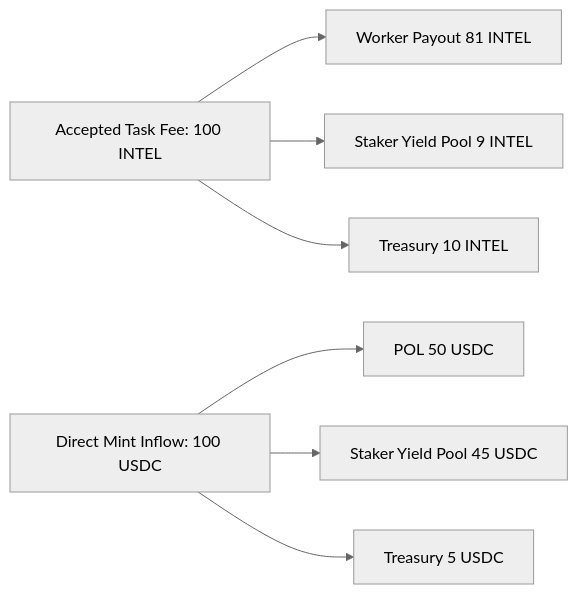
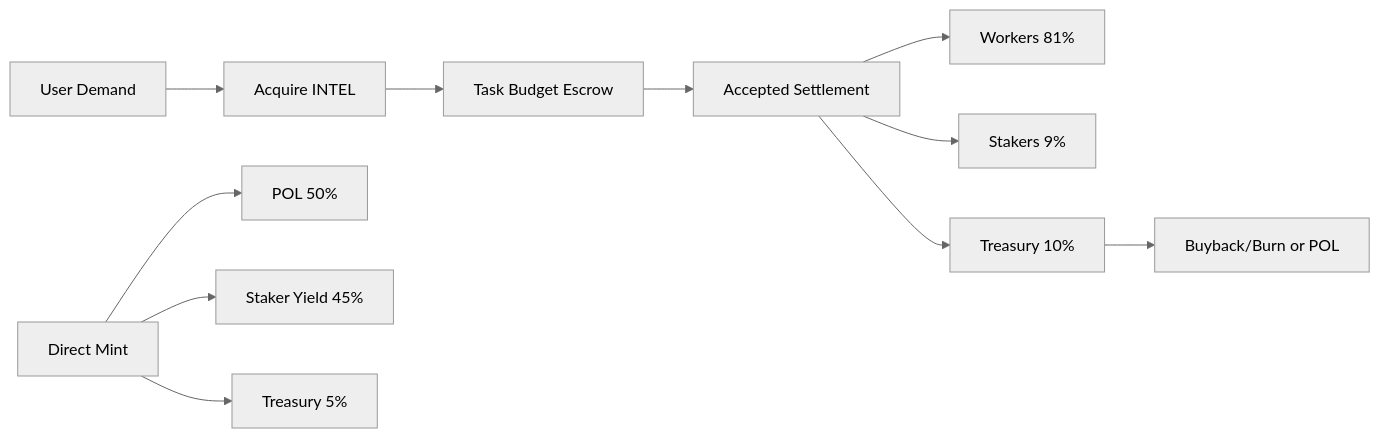
The diagram in spec/TOKENOMICS.md (chimera-defi/ethglobal-cannes-2026-intelligence-exchange), drawn with Mermaid (neutral theme) before and after one commit. The commit also changed other lines of this file and 4 other files, not shown here.

````diff
--- a/spec/TOKENOMICS.md
+++ b/spec/TOKENOMICS.md
@@ -109,10 +86,14 @@
 ```mermaid
 flowchart LR
-  A[Accepted Task Fee: 100 INTEL] --> B[Worker Payout 81 INTEL]
-  A --> C[Staker Yield Pool 9 INTEL]
-  A --> D[Treasury 10 INTEL]
+  U[User Demand] --> O[Acquire INTEL]
+  O --> T[Task Budget Escrow]
+  T --> S[Accepted Settlement]
+  S --> W[Workers 81%]
+  S --> K[Stakers 9%]
+  S --> R[Treasury 10%]
 
-  E[Direct Mint Inflow: 100 USDC] --> F[POL 50 USDC]
-  E --> G[Staker Yield Pool 45 USDC]
-  E --> H[Treasury 5 USDC]
+  M[Direct Mint] --> P[POL 50%]
+  M --> Y[Staker Yield 45%]
+  M --> Q[Treasury 5%]
+  R --> B[Buyback/Burn or POL]
 ```
````
